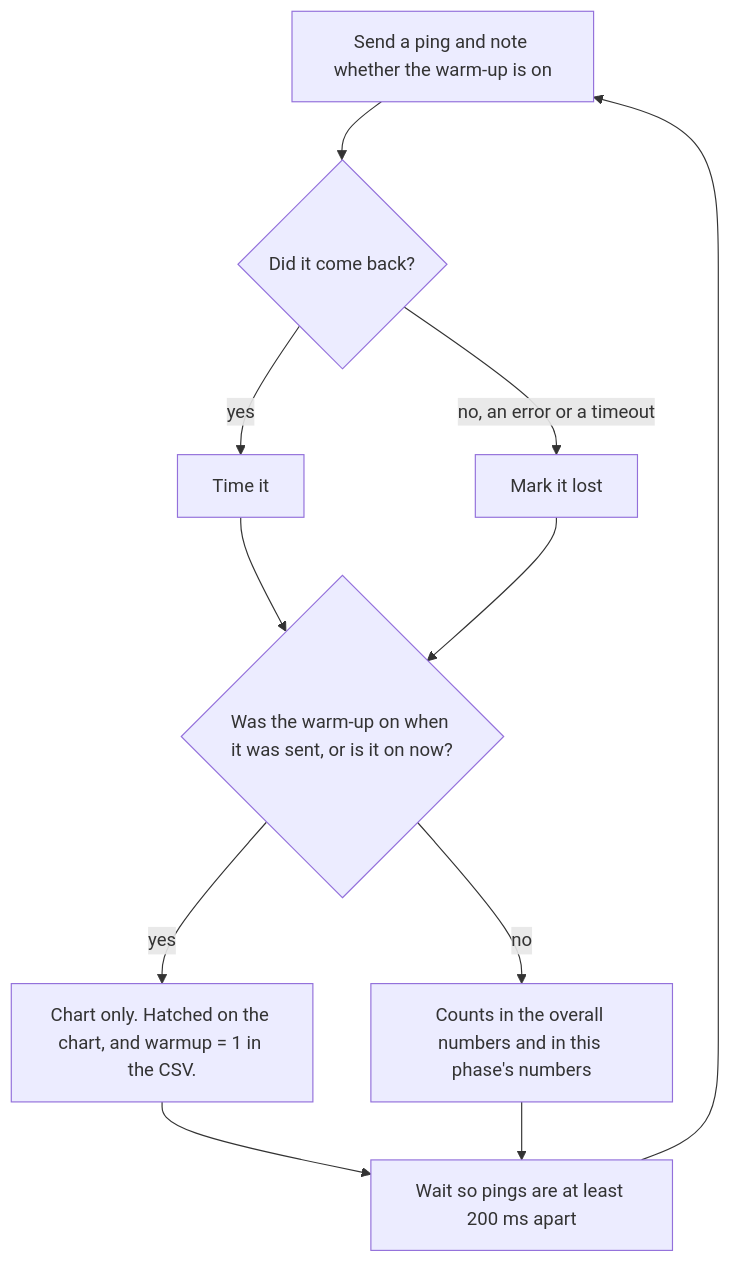
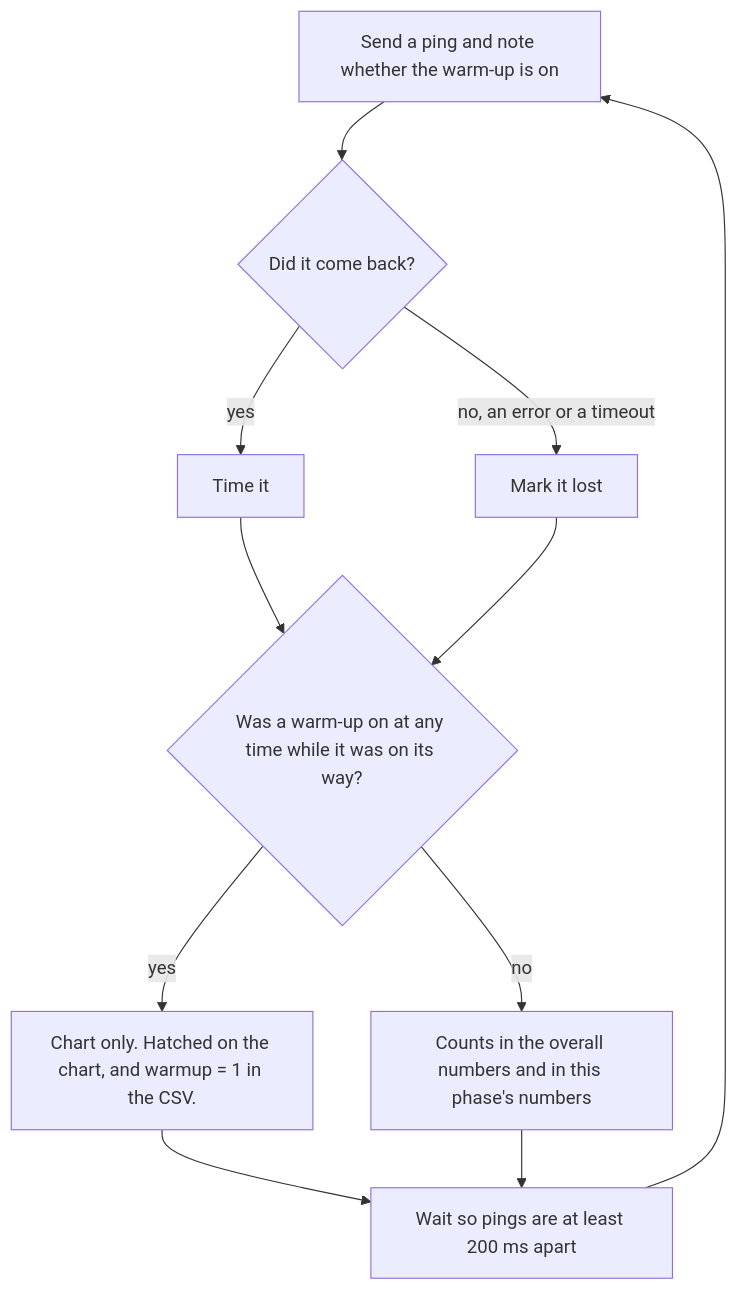
The fourth of 4 diagrams in docs/stability.md (sprytnyk/speedtest-go), drawn with Mermaid before and after one commit. The commit also changed other lines of this file, not shown here.

````diff
--- a/docs/stability.md
+++ b/docs/stability.md
@@ -139,13 +143,13 @@
 ```mermaid
 flowchart TD
   Send["Send a ping and note whether the warm-up is on"] --> Back{"Did it come back?"}
   Back -->|"yes"| Time["Time it"]
   Back -->|"no, an error or a timeout"| Lost["Mark it lost"]
-  Time --> Warm{"Was the warm-up on when it was sent, or is it on now?"}
+  Time --> Warm{"Was a warm-up on at any time while it was on its way?"}
   Lost --> Warm
   Warm -->|"yes"| Chart["Chart only. Hatched on the chart, and warmup = 1 in the CSV."]
   Warm -->|"no"| Count["Counts in the overall numbers and in this phase's numbers"]
   Chart --> Wait["Wait so pings are at least 200 ms apart"]
   Count --> Wait
   Wait --> Send
 ```
````
